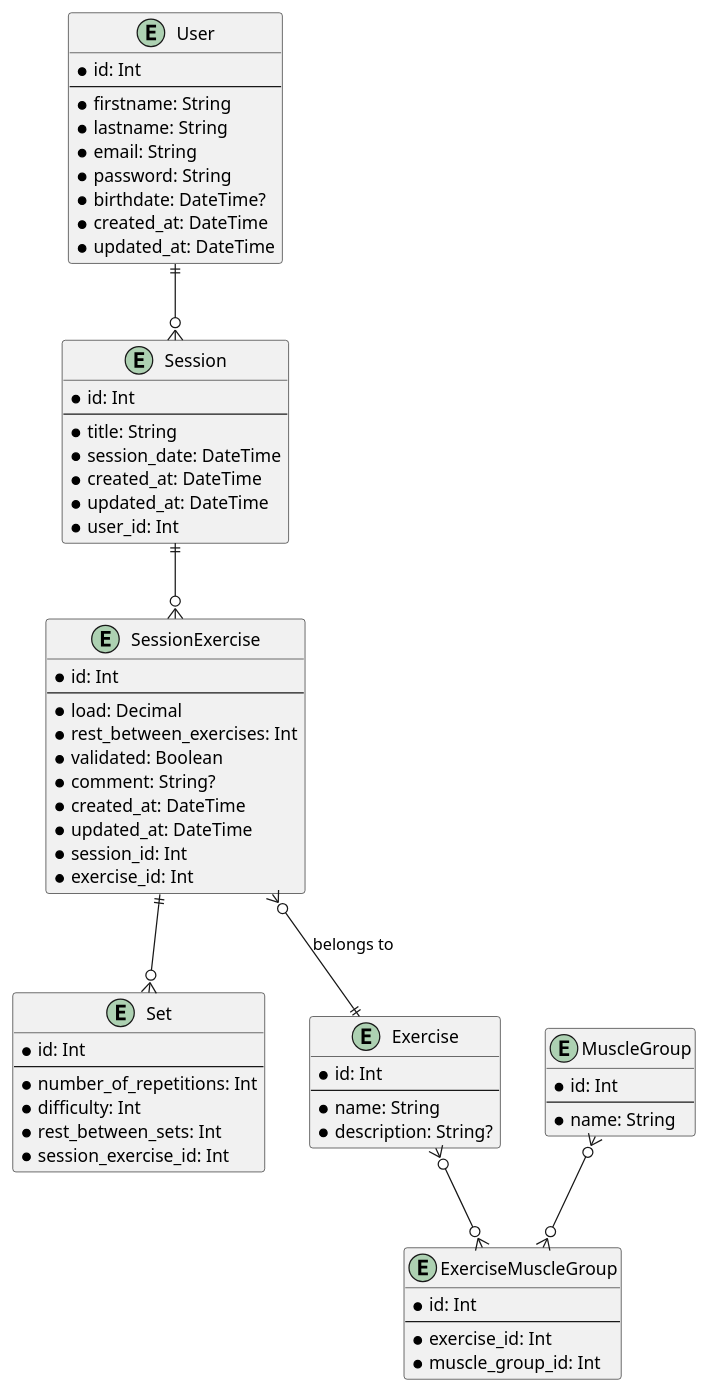
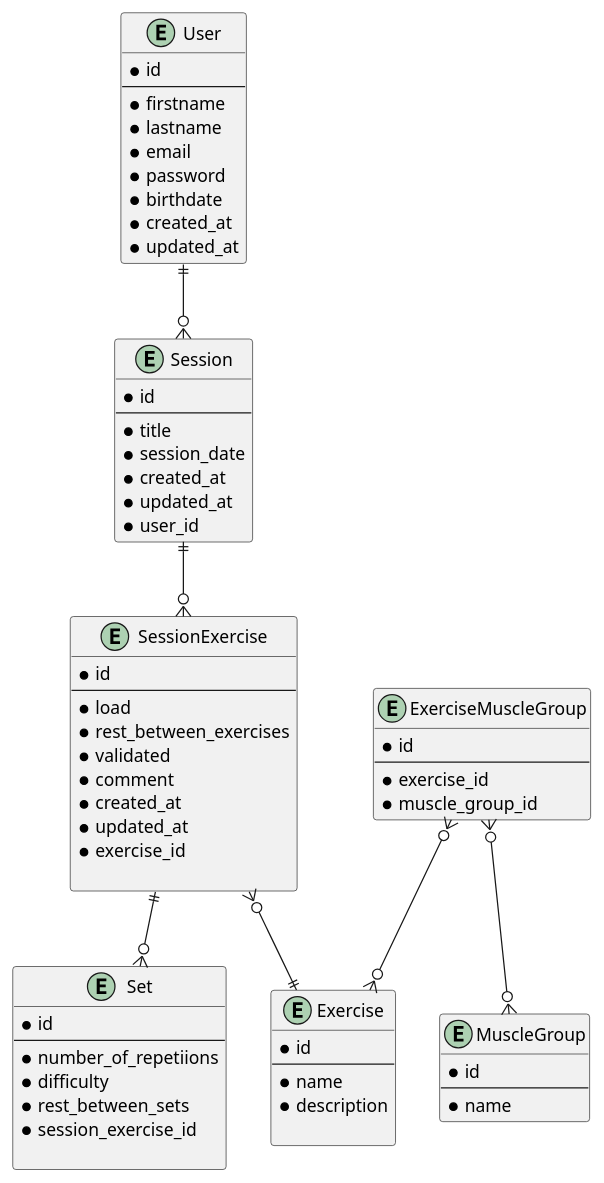
Before and after one commit to Browaeys-Gerin-Valerian/ironpal: the diagram in conception/erd.puml, drawn with PlantUML.

```diff
--- a/conception/erd.puml
+++ b/conception/erd.puml
@@ -77,77 +1,72 @@
-@startuml
-' left to right direction
-
-entity User {
-    * id: Int
+entity "User" {
+    * id
     --
-    * firstname: String
-    * lastname: String
-    * email: String
-    * password: String
-    * birthdate: DateTime?
-    * created_at: DateTime
-    * updated_at: DateTime
+    * firstname
+    * lastname
+    * email
+    * password
+    * birthdate
+    * created_at
+    * updated_at
 }
 
-entity Session {
-    * id: Int
+entity "Session" {
+    * id
     --
-    * title: String
-    * session_date: DateTime
-    * created_at: DateTime
-    * updated_at: DateTime
-    * user_id: Int
+    * title
+    * session_date
+    * created_at
+    * updated_at
+    * user_id
 }
 
-entity SessionExercise {
-    * id: Int
+entity "SessionExercise"{
+    * id
     --
-    * load: Decimal
-    * rest_between_exercises: Int
-    * validated: Boolean
-    * comment: String?
-    * created_at: DateTime
-    * updated_at: DateTime
-    * session_id: Int
-    * exercise_id: Int
+    * load
+    * rest_between_exercises
+    * validated
+    * comment
+    * created_at
+    * updated_at
+    * exercise_id
+
 }
 
-entity Set {
-    * id: Int
+entity "Set"  {
+    * id
     --
-    * number_of_repetitions: Int
-    * difficulty: Int
-    * rest_between_sets: Int
-    * session_exercise_id: Int
+    * number_of_repetiions
+    * difficulty
+    * rest_between_sets
+    * session_exercise_id
+
 }
 
-entity Exercise {
-    * id: Int
+entity "Exercise"  {
+    * id
     --
-    * name: String
-    * description: String?
+    * name
+    * description
+
 }
 
-entity MuscleGroup {
-    * id: Int
+entity "MuscleGroup"  {
+    * id
     --
-    * name: String
+    * name
 }
 
-entity ExerciseMuscleGroup {
-    * id: Int
+entity "ExerciseMuscleGroup"  {
+    * id
     --
-    * exercise_id: Int
-    * muscle_group_id: Int
+    * exercise_id
+    * muscle_group_id
 }
 
-' Relations
-
-User ||--o{ Session 
-Session ||--o{ SessionExercise 
-SessionExercise }o--|| Exercise : "belongs to"
-SessionExercise ||--o{ Set 
-Exercise }o--o{ ExerciseMuscleGroup 
-MuscleGroup }o--o{ ExerciseMuscleGroup
-
-@enduml
+User ||--o{ Session
+Session ||--o{ SessionExercise
+SessionExercise ||--o{ Set
+SessionExercise }o--|| Exercise
+ExerciseMuscleGroup }o--o{ Exercise
+ExerciseMuscleGroup }o--o{ MuscleGroup
```
